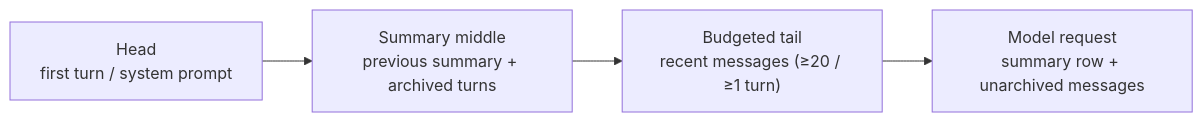
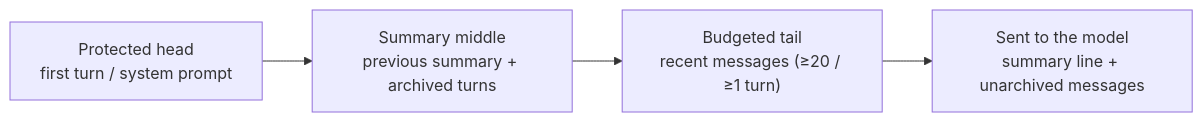
One commit to TTStick/deepseek-api-ui changed the first of 4 diagrams in README.en.md. Above: the diagram before and after it, drawn with Mermaid. The commit also changed other lines of this file and 4 other files, not shown here.

````diff
--- a/README.en.md
+++ b/README.en.md
@@ -90,6 +162,6 @@
 ```mermaid
 flowchart LR
-  Head["Head<br/>first turn / system prompt"] --> Middle["Summary middle<br/>previous summary + archived turns"]
+  Head["Protected head<br/>first turn / system prompt"] --> Middle["Summary middle<br/>previous summary + archived turns"]
   Middle --> Tail["Budgeted tail<br/>recent messages (≥20 / ≥1 turn)"]
-  Tail --> Model["Model request<br/>summary row + unarchived messages"]
+  Tail --> Model["Sent to the model<br/>summary line + unarchived messages"]
 ```
````
